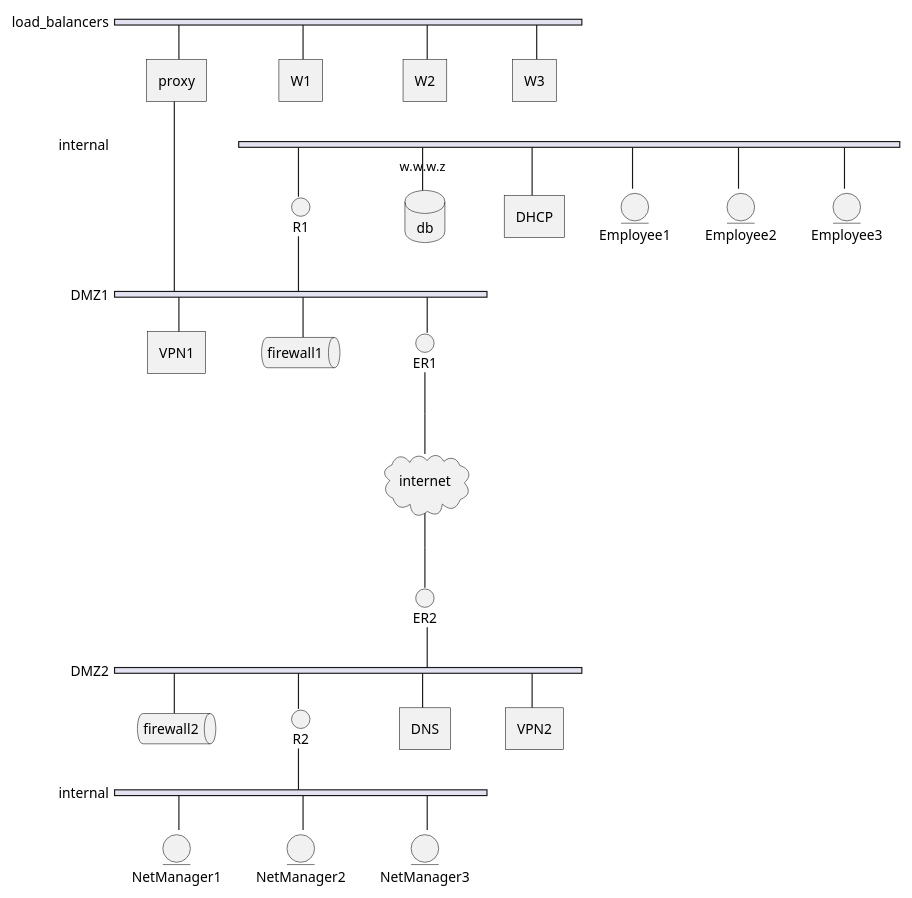
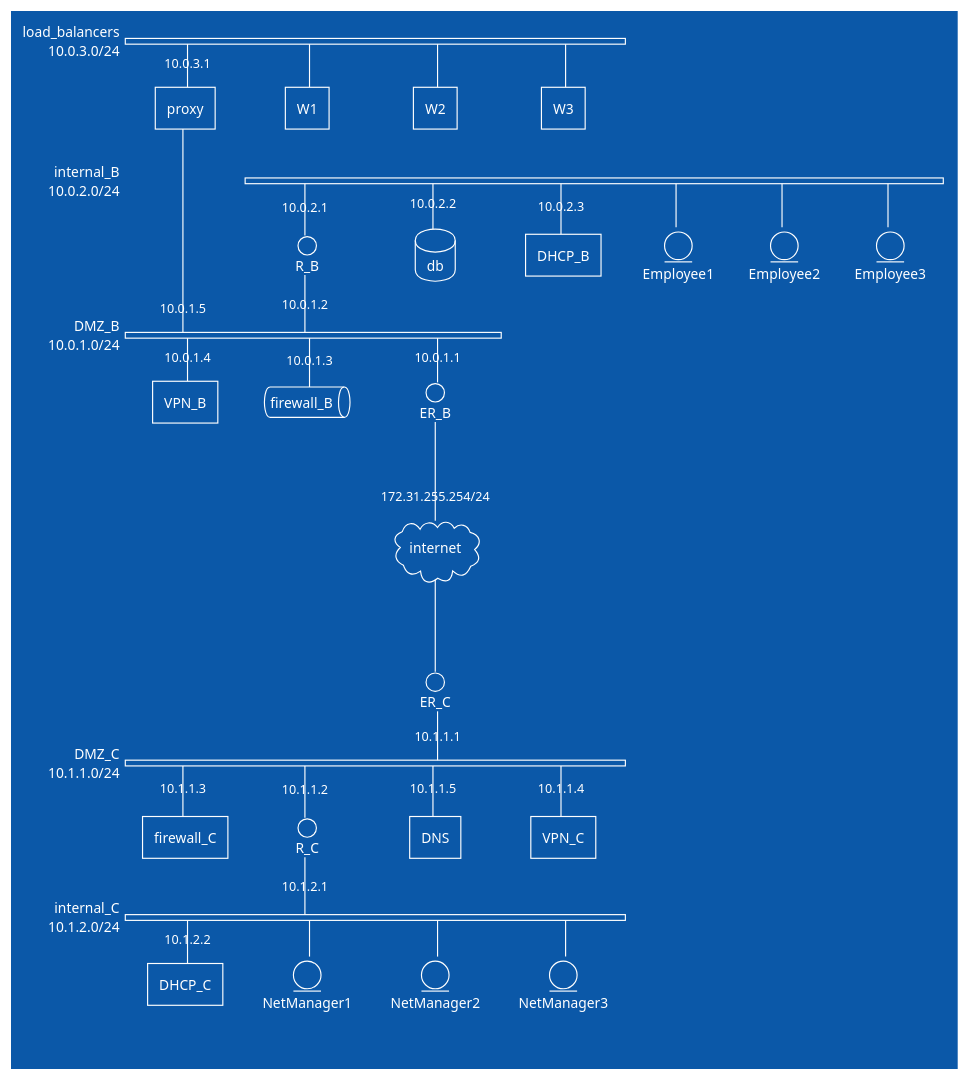
One commit to joaolucasmartins/grs2022 changed the diagram in proj/docs/grs.puml. Above: the diagram before and after it, drawn with PlantUML. The commit also changed 1 other file, not shown here.

Commit message:
Update: Network diagram with ips

```diff
--- a/proj/docs/grs.puml
+++ b/proj/docs/grs.puml
@@ -1,46 +1,53 @@
 @startuml
+!theme amiga
 nwdiag {
-    network load_balancers {
-      proxy;
-      W1;
-      W2;
-      W3;
-    }
-    network internal {
-      R1 [shape = interface]
-      db [address = "w.w.w.z", shape = database];
-      DHCP [shape = rectangle];
-      Employee1 [shape = entity]
-      Employee2 [shape = entity]
-      Employee3 [shape = entity]
-    }
+  network load_balancers {
+    address = "10.0.3.0/24";
+    proxy[address = "10.0.3.1"];
+    W1;
+    W2;
+    W3;
+  }
+  network internal_B {
+    address = "10.0.2.0/24";
+    R_B [shape = interface, address="10.0.2.1"]
+    db [shape = database, address = "10.0.2.2"];
+    DHCP_B [shape = rectangle, address = "10.0.2.3"];
+    Employee1 [shape = entity]
+    Employee2 [shape = entity]
+    Employee3 [shape = entity]
+  }
 
-    network DMZ1 {
-      proxy [shape = rectangle];
-      VPN1 [shape = rectangle]
-      firewall1 [shape = queue];
-      ER1 [shape = interface];
-      R1 [shape = interface];
-    }
+  network DMZ_B {
+    address = "10.0.1.0/24";
+    proxy [shape = rectangle, address="10.0.1.5"];
+    VPN_B [shape = rectangle, address="10.0.1.4"]
+    firewall_B [shape = queue, address="10.0.1.3"];
+    ER_B [shape = interface, address="10.0.1.1"];
+    R_B [shape = interface, address="10.0.1.2"];
+  }
 
-    ER1 [shape = interface];
-    ER1 -- internet;
-    internet [ shape = cloud];
-    internet -- ER2;
+  ER_B [shape = interface];
+  ER_B -- internet;
+  internet [shape = cloud, address=172.31.255.254/24];
+  internet -- ER_C;
 
-    network DMZ2 {
-      ER2 [shape = interface]
-      firewall2 [shape = queue]
-      R2 [shape = interface]
-      DNS [shape = rectangle]
-      VPN2 [shape = rectangle]
-    }
+  network DMZ_C {
+    address = "10.1.1.0/24";
+    ER_C [shape = interface, address="10.1.1.1"]
+    firewall_C [shape = queu, address="10.1.1.3"]
+    R_C [shape = interfac, address="10.1.1.2"]
+    DNS [shape = rectangl, address="10.1.1.5"]
+    VPN_C [shape = rectangl, address="10.1.1.4"]
+  }
 
-    network internal {
-      R2 [shape = interface]
-      NetManager1 [shape = entity]
-      NetManager2 [shape = entity]
-      NetManager3 [shape = entity]
-    }
+  network internal_C {
+    address = "10.1.2.0/24";
+    R_C [shape = interface, address="10.1.2.1"]
+    DHCP_C [shape = rectangle, address="10.1.2.2"];
+    NetManager1 [shape = entity]
+    NetManager2 [shape = entity]
+    NetManager3 [shape = entity]
+  }
 }
 @enduml
```
